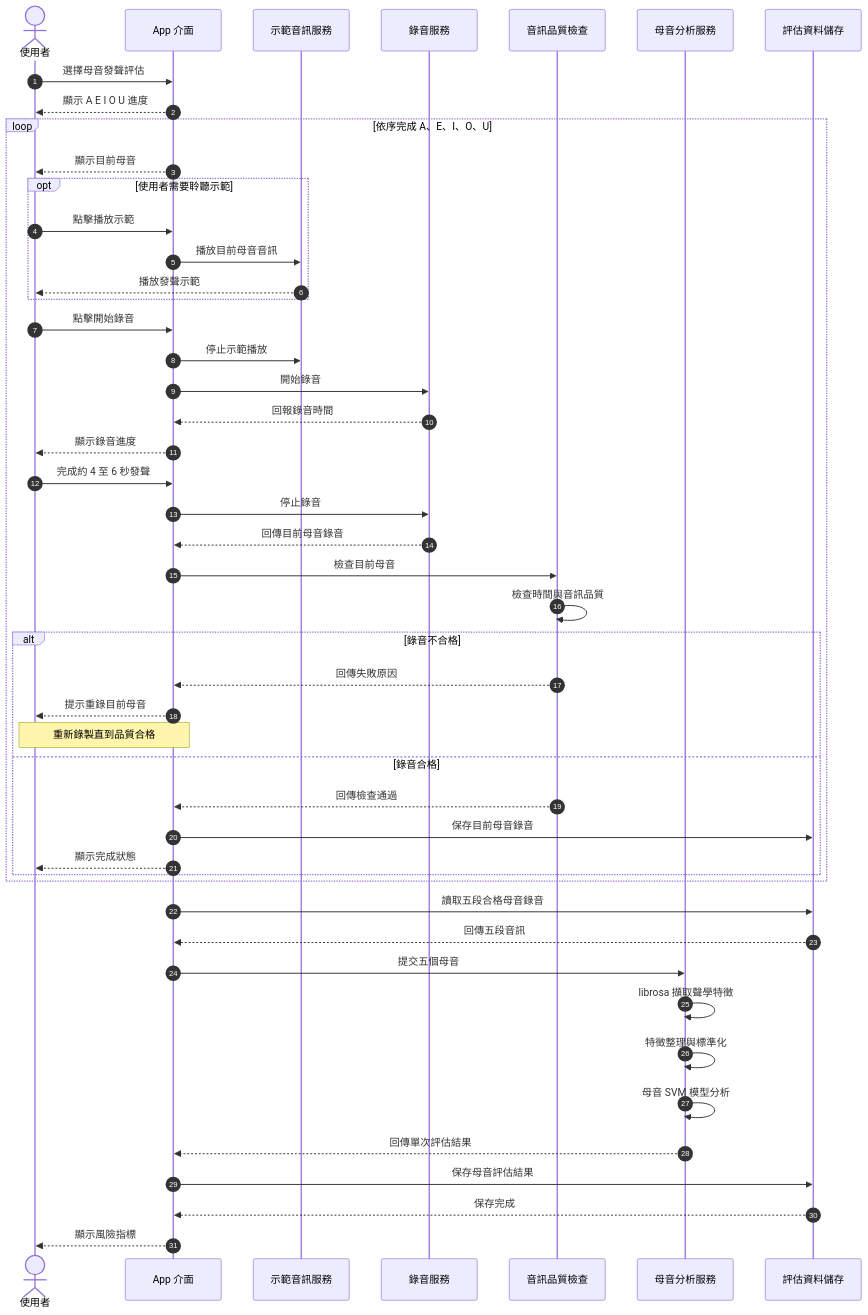
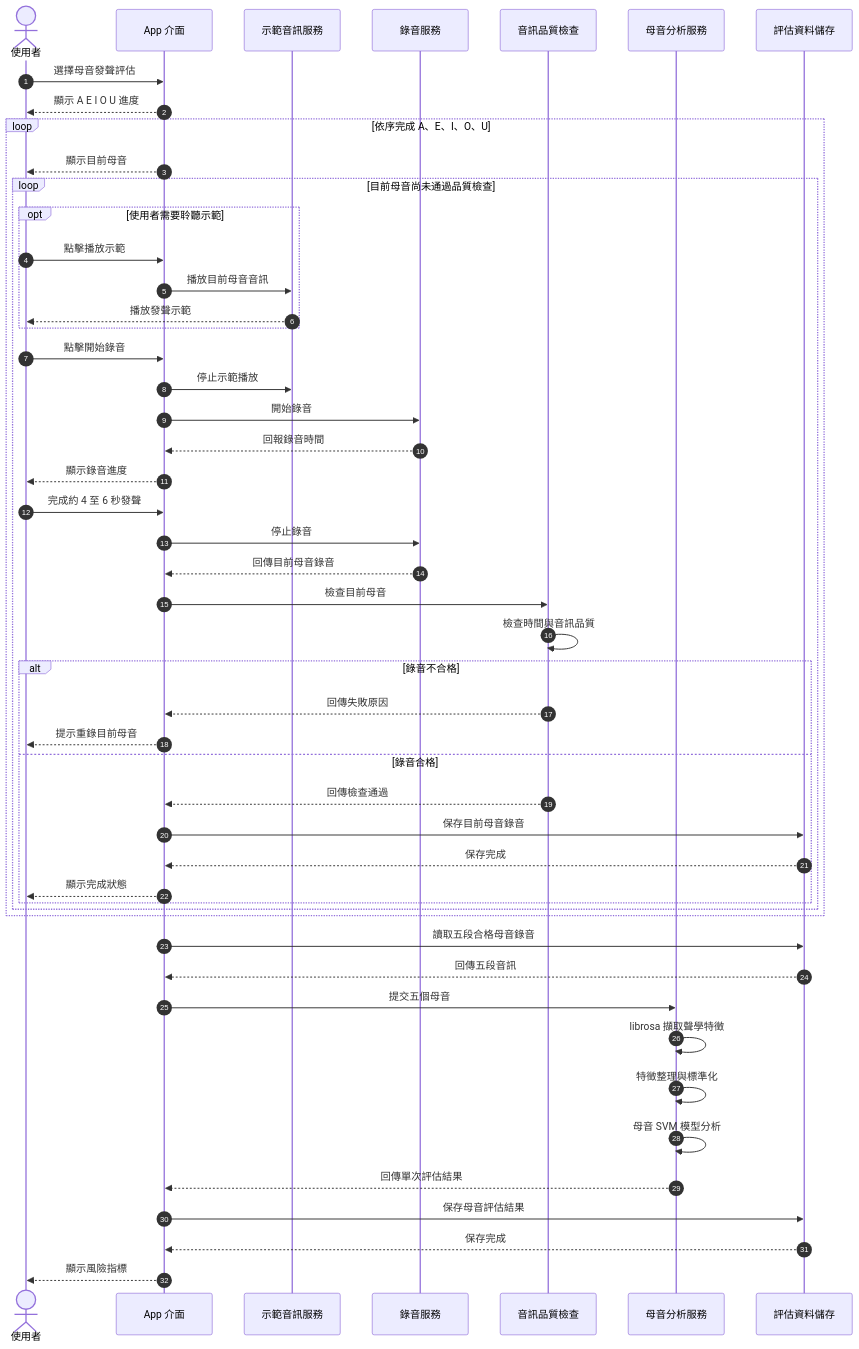
Before and after one commit to c113118216/115-b-team: the fourth of 10 diagrams in team_04.md, drawn with Mermaid. The commit also changed other lines of this file, not shown here.

````diff
--- a/team_04.md
+++ b/team_04.md
@@ -335,61 +334,63 @@
 ```mermaid
 sequenceDiagram
     autonumber
 
     actor U as 使用者
     participant APP as App 介面
     participant DEMO as 示範音訊服務
     participant REC as 錄音服務
     participant QC as 音訊品質檢查
     participant AI as 母音分析服務
     participant DB as 評估資料儲存
 
     U->>APP: 選擇母音發聲評估
     APP-->>U: 顯示 A E I O U 進度
 
     loop 依序完成 A、E、I、O、U
         APP-->>U: 顯示目前母音
 
-        opt 使用者需要聆聽示範
-            U->>APP: 點擊播放示範
-            APP->>DEMO: 播放目前母音音訊
-            DEMO-->>U: 播放發聲示範
-        end
+        loop 目前母音尚未通過品質檢查
+            opt 使用者需要聆聽示範
+                U->>APP: 點擊播放示範
+                APP->>DEMO: 播放目前母音音訊
+                DEMO-->>U: 播放發聲示範
+            end
 
-        U->>APP: 點擊開始錄音
-        APP->>DEMO: 停止示範播放
-        APP->>REC: 開始錄音
-        REC-->>APP: 回報錄音時間
-        APP-->>U: 顯示錄音進度
+            U->>APP: 點擊開始錄音
+            APP->>DEMO: 停止示範播放
+            APP->>REC: 開始錄音
+            REC-->>APP: 回報錄音時間
+            APP-->>U: 顯示錄音進度
 
-        U->>APP: 完成約 4 至 6 秒發聲
-        APP->>REC: 停止錄音
-        REC-->>APP: 回傳目前母音錄音
+            U->>APP: 完成約 4 至 6 秒發聲
+            APP->>REC: 停止錄音
+            REC-->>APP: 回傳目前母音錄音
 
-        APP->>QC: 檢查目前母音
-        QC->>QC: 檢查時間與音訊品質
+            APP->>QC: 檢查目前母音
+            QC->>QC: 檢查時間與音訊品質
 
-        alt 錄音不合格
-            QC-->>APP: 回傳失敗原因
-            APP-->>U: 提示重錄目前母音
-            Note over U,APP: 重新錄製直到品質合格
-        else 錄音合格
-            QC-->>APP: 回傳檢查通過
-            APP->>DB: 保存目前母音錄音
-            APP-->>U: 顯示完成狀態
+            alt 錄音不合格
+                QC-->>APP: 回傳失敗原因
+                APP-->>U: 提示重錄目前母音
+            else 錄音合格
+                QC-->>APP: 回傳檢查通過
+                APP->>DB: 保存目前母音錄音
+                DB-->>APP: 保存完成
+                APP-->>U: 顯示完成狀態
+            end
         end
     end
 
     APP->>DB: 讀取五段合格母音錄音
     DB-->>APP: 回傳五段音訊
 
     APP->>AI: 提交五個母音
     AI->>AI: librosa 擷取聲學特徵
     AI->>AI: 特徵整理與標準化
     AI->>AI: 母音 SVM 模型分析
     AI-->>APP: 回傳單次評估結果
 
     APP->>DB: 保存母音評估結果
     DB-->>APP: 保存完成
     APP-->>U: 顯示風險指標
 ```
````
